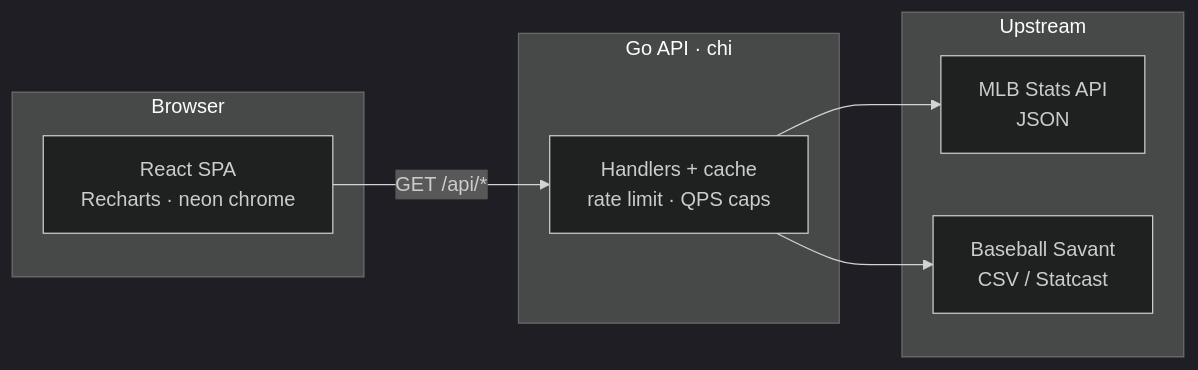
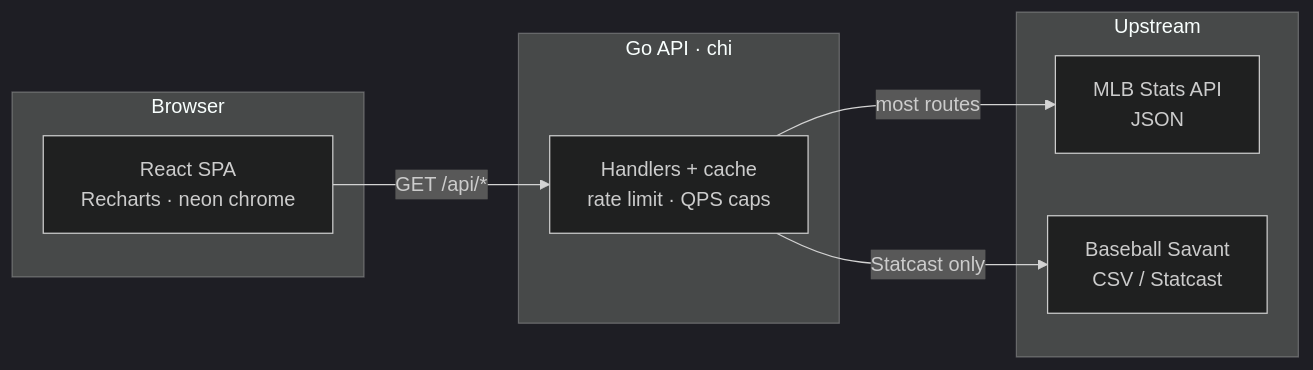
One commit to danibsheehan/caught-looking changed the first of 5 diagrams in README.md. Above: the diagram before and after it, drawn with Mermaid. The commit also changed other lines of this file, not shown here.

First line of the commit message:
Clarify Architecture for MLB vs Savant request paths. (#158)

````diff
--- a/README.md
+++ b/README.md
@@ -54,17 +54,17 @@
 ```mermaid
 %%{init: {'theme':'dark'}}%%
 flowchart LR
   subgraph ui["Browser"]
     SPA["React SPA<br/>Recharts · neon chrome"]
   end
   subgraph api["Go API · chi"]
     SRV["Handlers + cache<br/>rate limit · QPS caps"]
   end
   subgraph up["Upstream"]
     MLB["MLB Stats API<br/>JSON"]
     SAV["Baseball Savant<br/>CSV / Statcast"]
   end
   SPA -->|"GET /api/*"| SRV
-  SRV --> MLB
-  SRV --> SAV
+  SRV -->|"most routes"| MLB
+  SRV -->|"Statcast only"| SAV
 ```
````
